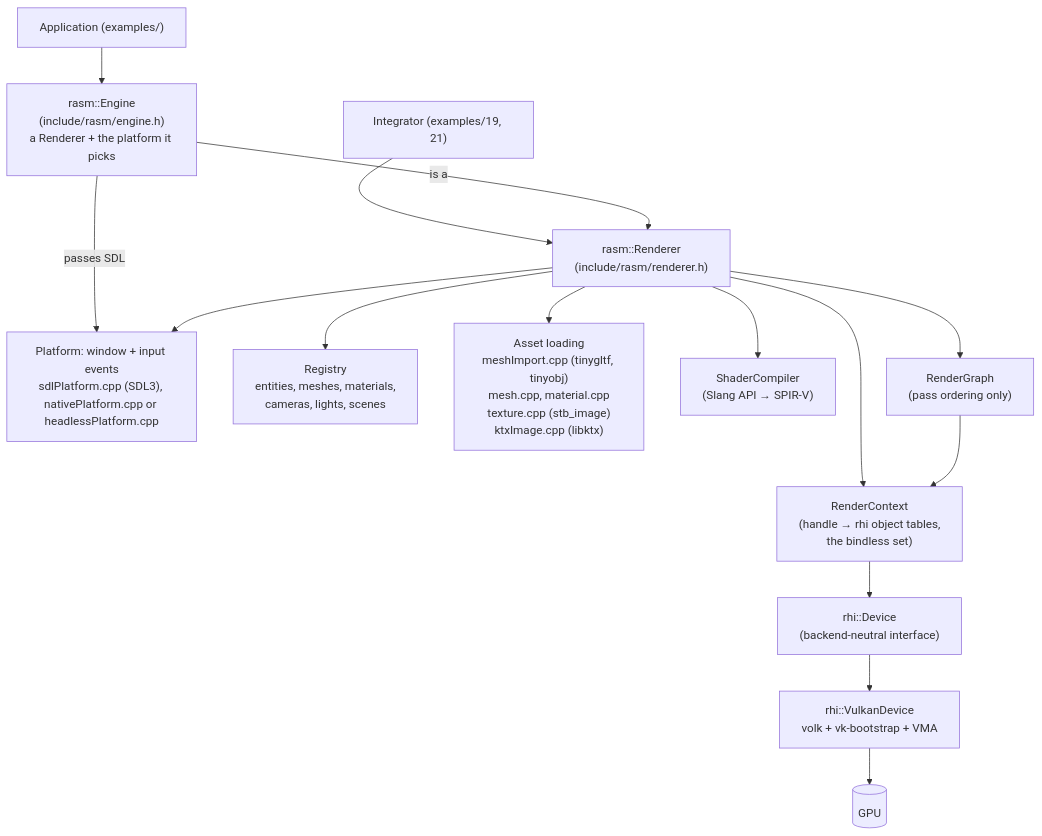
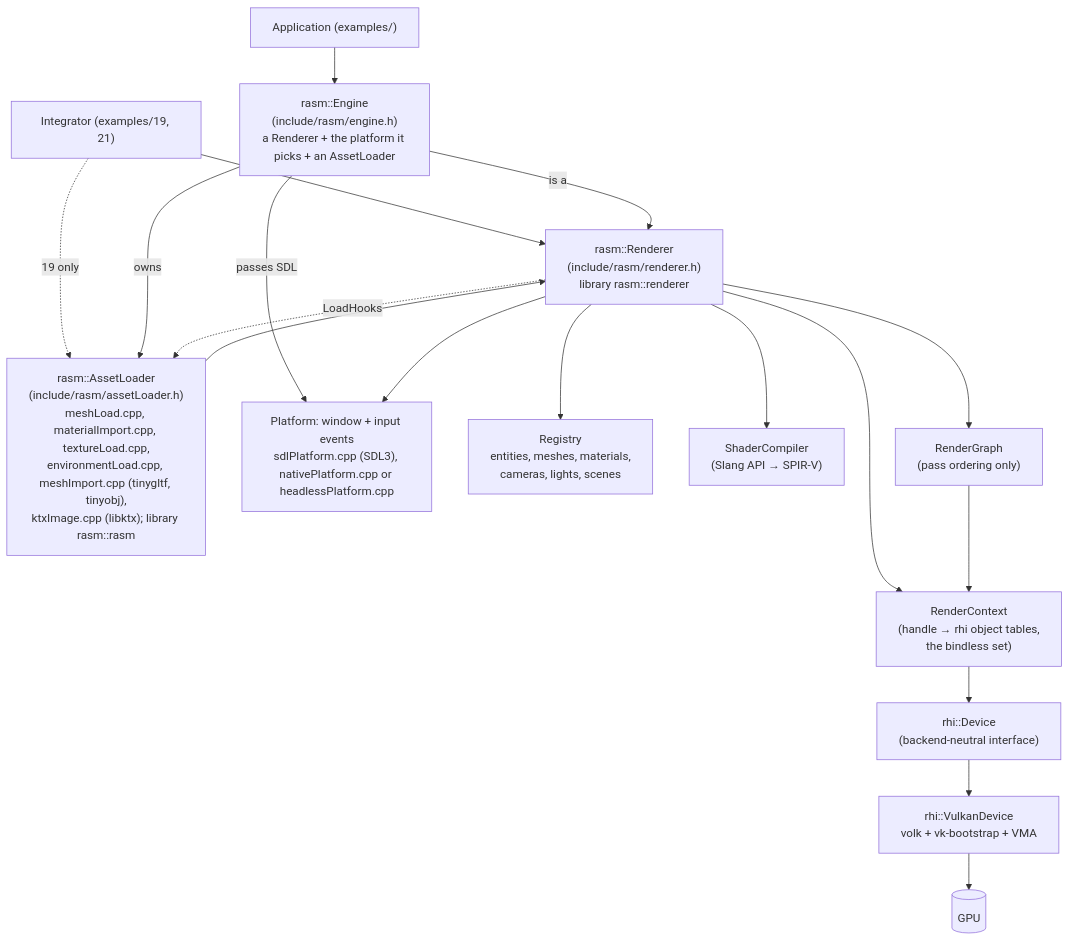
Before and after one commit to adel-elmala/rasm: the first of 3 diagrams in docs/architecture.md, drawn with Mermaid. The commit also changed other lines of this file and 75 other files, not shown here.

First line of the commit message:
feat: AssetLoader out of the renderer, rasm::renderer library (D3) (#92)

````diff
--- a/docs/architecture.md
+++ b/docs/architecture.md
@@ -9,17 +9,20 @@
 ```mermaid
 flowchart TD
-    App["Application (examples/)"] --> Engine["rasm::Engine<br/>(include/rasm/engine.h)<br/>a Renderer + the platform it picks"]
+    App["Application (examples/)"] --> Engine["rasm::Engine<br/>(include/rasm/engine.h)<br/>a Renderer + the platform it picks + an AssetLoader"]
     Integrator["Integrator (examples/19, 21)"] --> Renderer
-    Engine -- "is a" --> Renderer["rasm::Renderer<br/>(include/rasm/renderer.h)"]
+    Integrator -. "19 only" .-> Loader
+    Engine -- "is a" --> Renderer["rasm::Renderer<br/>(include/rasm/renderer.h)<br/>library rasm::renderer"]
+    Engine -- "owns" --> Loader["rasm::AssetLoader<br/>(include/rasm/assetLoader.h)<br/>meshLoad.cpp, materialImport.cpp, textureLoad.cpp,<br/>environmentLoad.cpp, meshImport.cpp (tinygltf, tinyobj),<br/>ktxImage.cpp (libktx); library rasm::rasm"]
+    Loader --> Renderer
     Engine -- "passes SDL" --> Platform["Platform: window + input events<br/>sdlPlatform.cpp (SDL3), nativePlatform.cpp or headlessPlatform.cpp"]
     Renderer --> Platform
+    Renderer -. "LoadHooks" .-> Loader
     Renderer --> Registry["Registry<br/>entities, meshes, materials,<br/>cameras, lights, scenes"]
-    Renderer --> Assets["Asset loading<br/>meshImport.cpp (tinygltf, tinyobj)<br/>mesh.cpp, material.cpp<br/>texture.cpp (stb_image)<br/>ktxImage.cpp (libktx)"]
     Renderer --> SC["ShaderCompiler<br/>(Slang API → SPIR-V)"]
     Renderer --> RG["RenderGraph<br/>(pass ordering only)"]
     Renderer --> RC["RenderContext<br/>(handle → rhi object tables,<br/>the bindless set)"]
     RG --> RC
     RC --> DEV["rhi::Device<br/>(backend-neutral interface)"]
     DEV --> VK["rhi::VulkanDevice<br/>volk + vk-bootstrap + VMA"]
     VK --> GPU[(GPU)]
 ```
````
